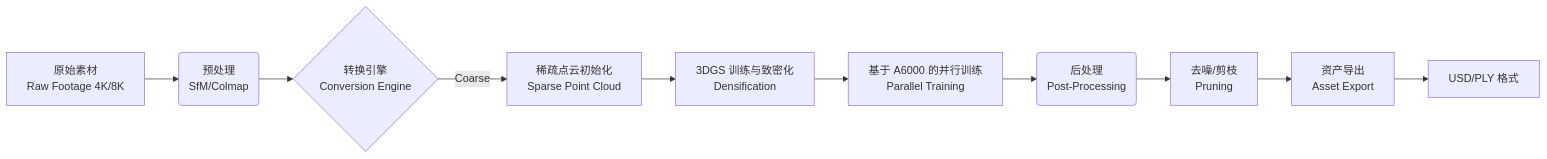
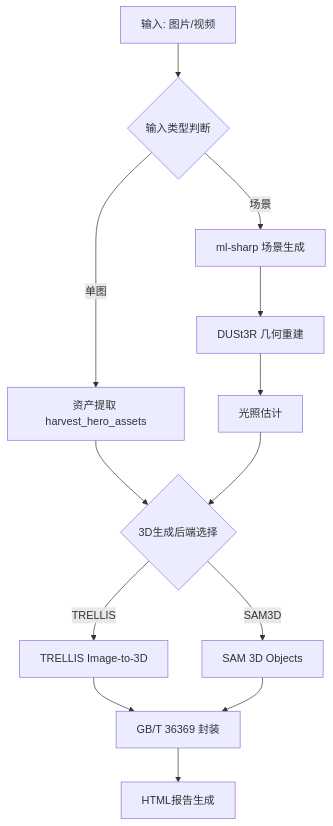
The first of 2 diagrams in technical_architecture.md (zhangzhangco/movie-asset-pipeline-2026-prestudy), drawn with Mermaid before and after one commit. The commit also changed other lines of this file, not shown here.

````diff
--- a/technical_architecture.md
+++ b/technical_architecture.md
@@ -37,12 +41,19 @@
 ```mermaid
-graph LR
-    A[原始素材<br>Raw Footage 4K/8K] --> B(预处理<br>SfM/Colmap);
-    B --> C{转换引擎<br>Conversion Engine};
-    C -->|Coarse| D[稀疏点云初始化<br>Sparse Point Cloud];
-    D --> E[3DGS 训练与致密化<br>Densification];
-    E --> F[基于 A6000 的并行训练<br>Parallel Training];
-    F --> G(后处理<br>Post-Processing);
-    G --> H[去噪/剪枝<br>Pruning];
-    H --> I[资产导出<br>Asset Export];
-    I --> J[USD/PLY 格式];
+graph TD
+    A[输入: 图片/视频] --> B{输入类型判断}
+    B -->|单图| C[资产提取 harvest_hero_assets]
+    B -->|场景| D[ml-sharp 场景生成]
+    
+    D --> E[DUSt3R 几何重建]
+    E --> F[光照估计]
+    
+    C --> G{3D生成后端选择}
+    F --> G
+    
+    G -->|TRELLIS| H[TRELLIS Image-to-3D]
+    G -->|SAM3D| I[SAM 3D Objects]
+    
+    H --> J[GB/T 36369 封装]
+    I --> J
+    J --> K[HTML报告生成]
 ```
````
